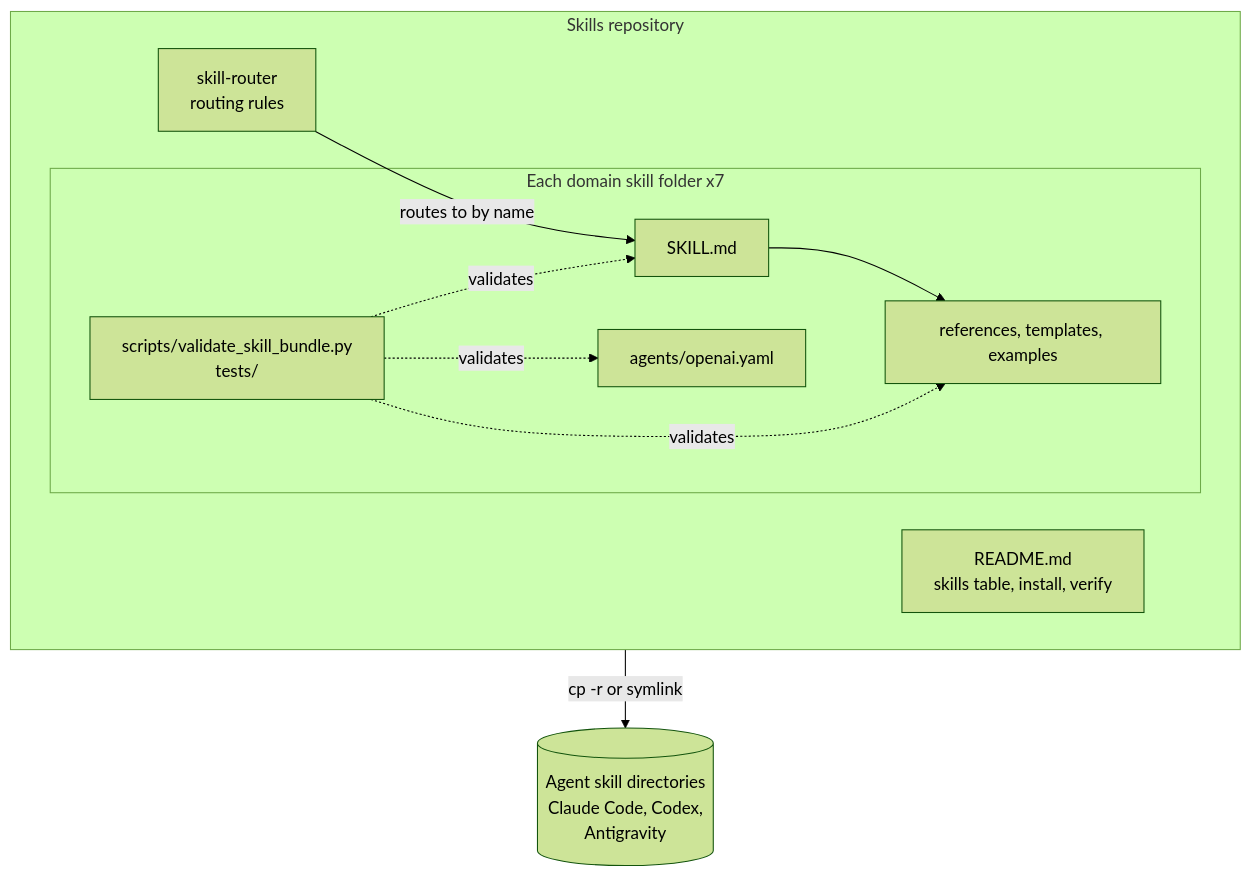
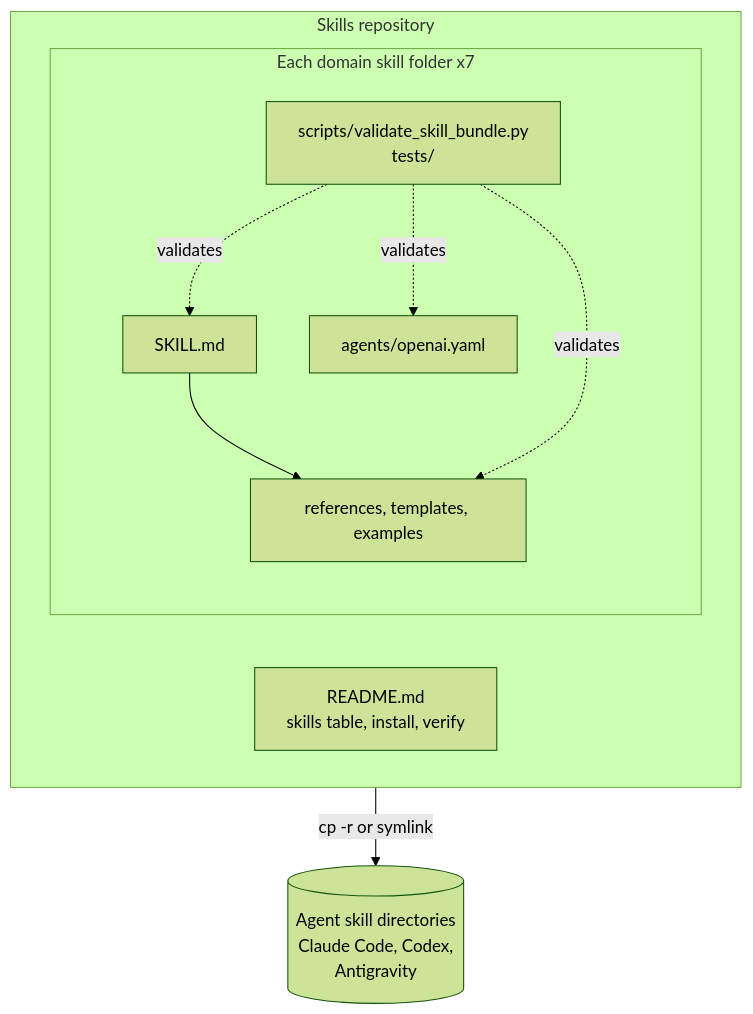
One commit to hchouTW/agentic-ai-skills changed the diagram in academic-diagrams/examples/general/05-repository-architecture.md. Above: the diagram before and after it, drawn with Mermaid (forest theme). The commit also changed other lines of this file and 4 other files, not shown here.

First line of the commit message:
Rewrite worked examples that used skill-router as subject

````diff
--- a/academic-diagrams/examples/general/05-repository-architecture.md
+++ b/academic-diagrams/examples/general/05-repository-architecture.md
@@ -31,20 +28,18 @@
 ```mermaid
 flowchart TB
     subgraph REPO[Skills repository]
         RM[README.md<br/>skills table, install, verify]
-        R[skill-router<br/>routing rules]
         subgraph SKILL[Each domain skill folder x7]
             S[SKILL.md]
             C[references, templates, examples]
             M[agents/openai.yaml]
             V[scripts/validate_skill_bundle.py<br/>tests/]
         end
     end
     A[(Agent skill directories<br/>Claude Code, Codex,<br/>Antigravity)]
-    R -->|routes to by name| S
     S --> C
     REPO -->|cp -r or symlink| A
     V -.->|validates| S
     V -.->|validates| C
     V -.->|validates| M
 ```
````
